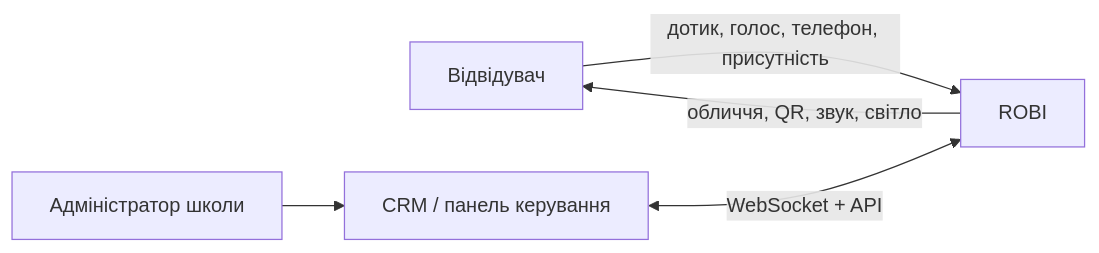
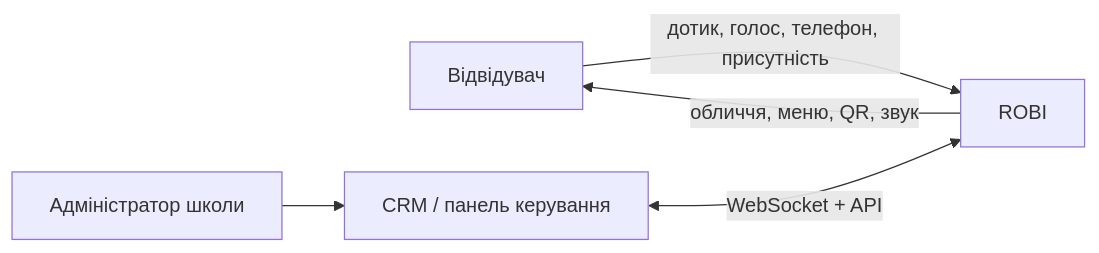
One commit to itroboticsmanager-rgb/itr-robi changed the first of 2 diagrams in docs/architecture.md. Above: the diagram before and after it, drawn with Mermaid. The commit also changed other lines of this file and 9 other files, not shown here.

````diff
--- a/docs/architecture.md
+++ b/docs/architecture.md
@@ -11,7 +11,7 @@
 ```mermaid
 flowchart LR
     Visitor[Відвідувач] -->|дотик, голос, телефон, присутність| Robi[ROBI]
     Staff[Адміністратор школи] --> CRM[CRM / панель керування]
     CRM <-->|WebSocket + API| Robi
-    Robi -->|обличчя, QR, звук, світло| Visitor
+    Robi -->|обличчя, меню, QR, звук| Visitor
 ```
````
